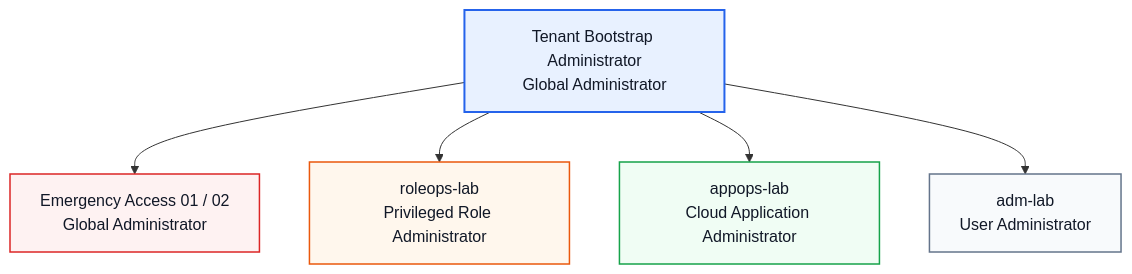
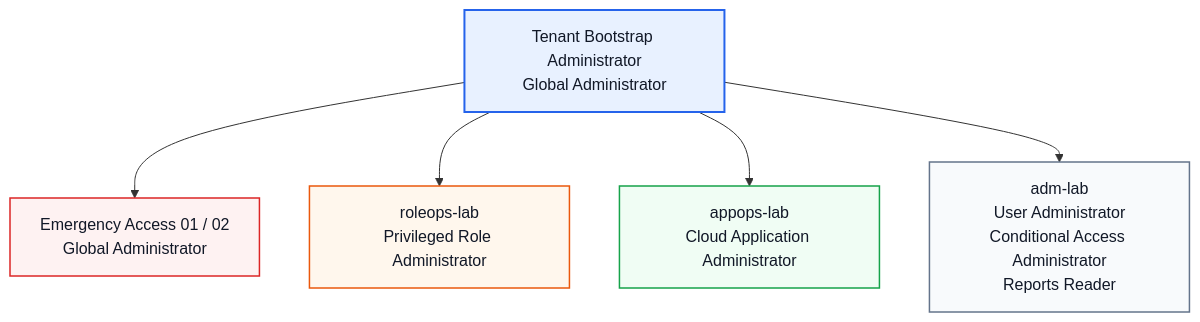
Before and after one commit to krzysztof-szot/entra-identity-access-lab: the diagram in docs/access-matrix.md, drawn with Mermaid. The commit also changed other lines of this file, not shown here.

````diff
--- a/docs/access-matrix.md
+++ b/docs/access-matrix.md
@@ -100,30 +152,30 @@
 ```mermaid
 flowchart TB
 
     TBA["Tenant Bootstrap Administrator<br/>Global Administrator"]
 
     BG["Emergency Access 01 / 02<br/>Global Administrator"]
 
     ROLEOPS["roleops-lab<br/>Privileged Role Administrator"]
 
     APPOPS["appops-lab<br/>Cloud Application Administrator"]
 
-    ADMLAB["adm-lab<br/>User Administrator"]
+    ADMLAB["adm-lab<br/>User Administrator<br/>Conditional Access Administrator<br/>Reports Reader"]
 
     TBA --> BG
     TBA --> ROLEOPS
     TBA --> APPOPS
     TBA --> ADMLAB
 
     classDef root fill:#e8f1ff,stroke:#2563eb,stroke-width:2px,color:#111827;
     classDef emergency fill:#fef2f2,stroke:#dc2626,stroke-width:1.5px,color:#111827;
     classDef privileged fill:#fff7ed,stroke:#ea580c,stroke-width:1.5px,color:#111827;
     classDef appadmin fill:#f0fdf4,stroke:#16a34a,stroke-width:1.5px,color:#111827;
     classDef useradmin fill:#f8fafc,stroke:#64748b,stroke-width:1.5px,color:#111827;
 
     class TBA root;
     class BG emergency;
     class ROLEOPS privileged;
     class APPOPS appadmin;
     class ADMLAB useradmin;
 ```
````
